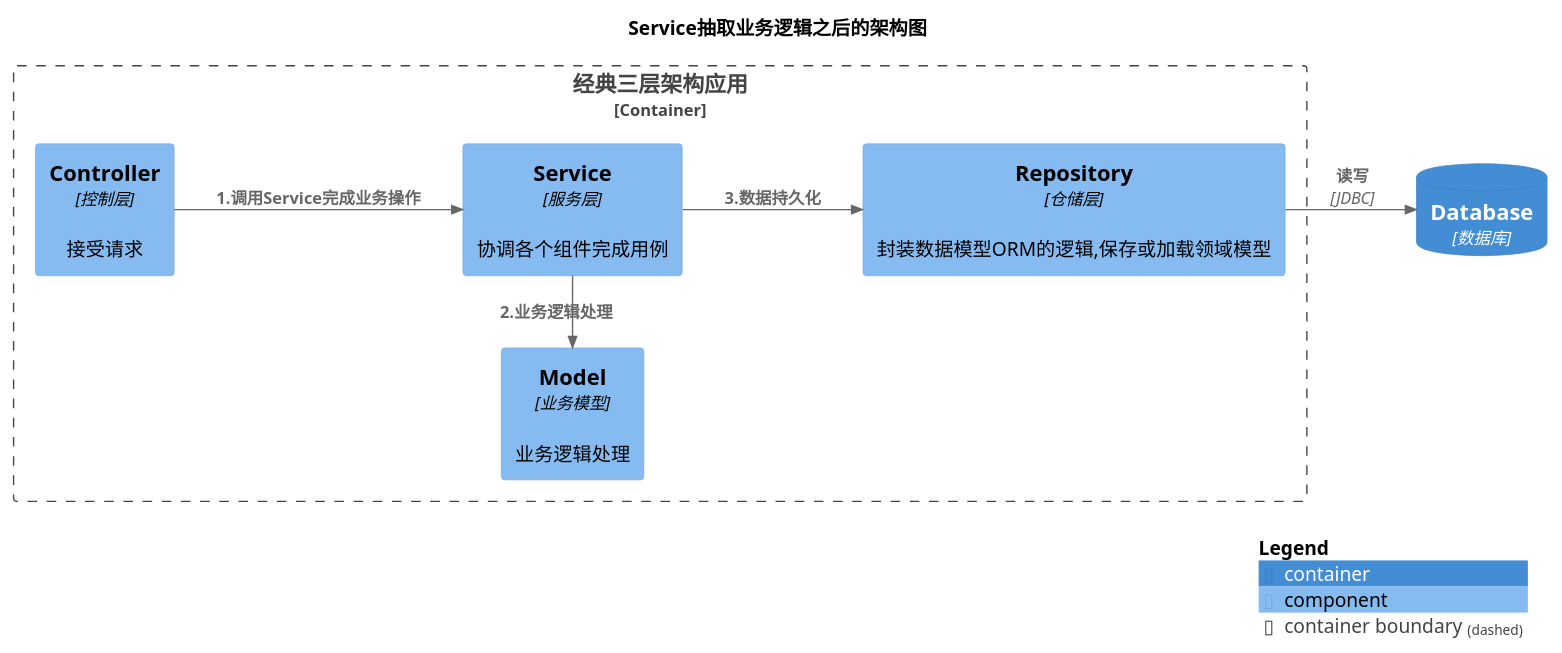
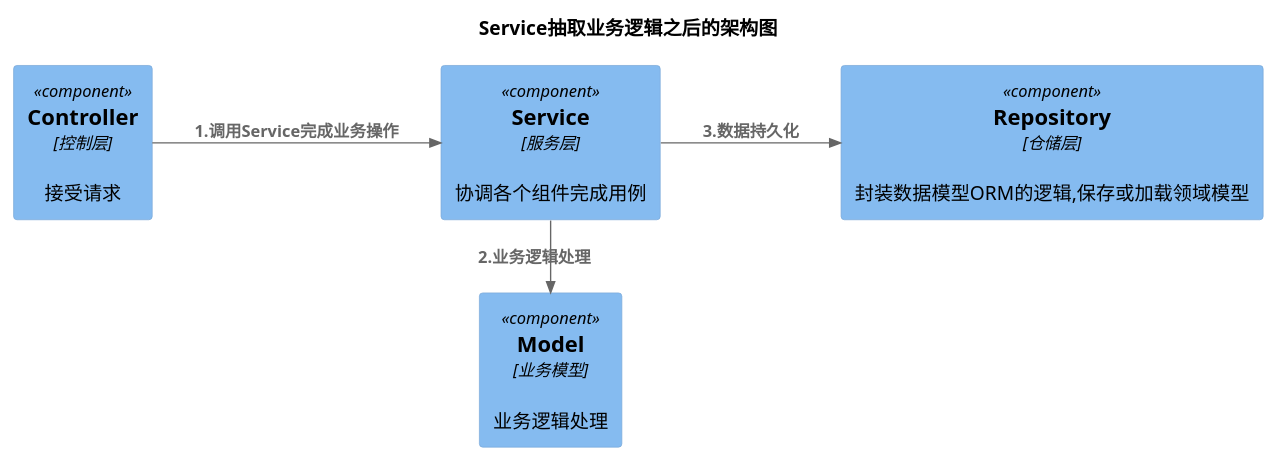
Before and after one commit to feiniaojin/Thinking-in-DDD: the diagram in plantuml/ct.003.puml, drawn with PlantUML. The commit also changed 23 other files, not shown here.

```diff
--- a/plantuml/ct.003.puml
+++ b/plantuml/ct.003.puml
@@ -1,28 +1,20 @@
 @startuml
 
 !include https://gitee.com/igingo/C4-PlantUML/raw/master/C4_Context.puml
 !include https://gitee.com/igingo/C4-PlantUML/raw/master/C4_Container.puml
 !include https://gitee.com/igingo/C4-PlantUML/raw/master/C4_Component.puml
 
 title "Service抽取业务逻辑之后的架构图"
 
-Container_Boundary(CB_APP, "经典三层架构应用"){
-    Component(C_Controller, "Controller","控制层", "接受请求")
-    Component(C_Service, "Service", "服务层","协调各个组件完成用例")
-    Component(C_Repostiry, "Repository", "仓储层","封装数据模型ORM的逻辑,保存或加载领域模型")
-    Component(C_Model, "Model","业务模型", "业务逻辑处理")
-}
-
-ContainerDb(CDB, "Database", "数据库")
+Component(C_Controller, "Controller","控制层", "接受请求")
+Component(C_Service, "Service", "服务层","协调各个组件完成用例")
+Component(C_Repostiry, "Repository", "仓储层","封装数据模型ORM的逻辑,保存或加载领域模型")
+Component(C_Model, "Model","业务模型", "业务逻辑处理")
 
 Rel(C_Controller, C_Service, "1.调用Service完成业务操作")
-Rel_L(C_Service, C_Model, "2.业务逻辑处理")
+Rel_R(C_Service, C_Model, "2.业务逻辑处理")
 Rel(C_Service, C_Repostiry, "3.数据持久化")
-
-Rel(C_Repostiry, CDB, "读写","JDBC")
 
 left to right direction
 
-SHOW_LEGEND()
-
 @enduml
```
